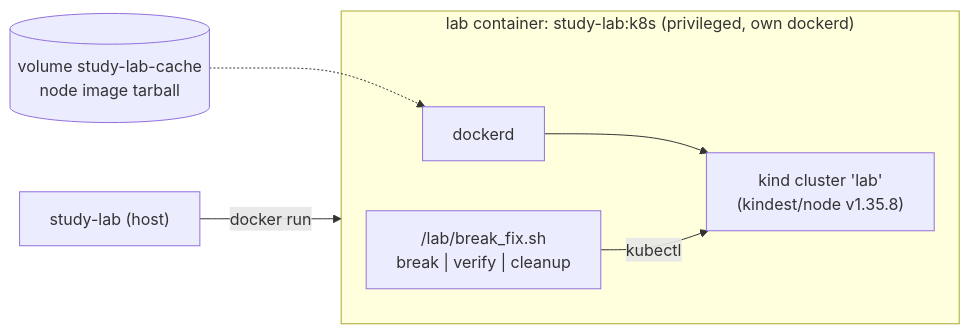
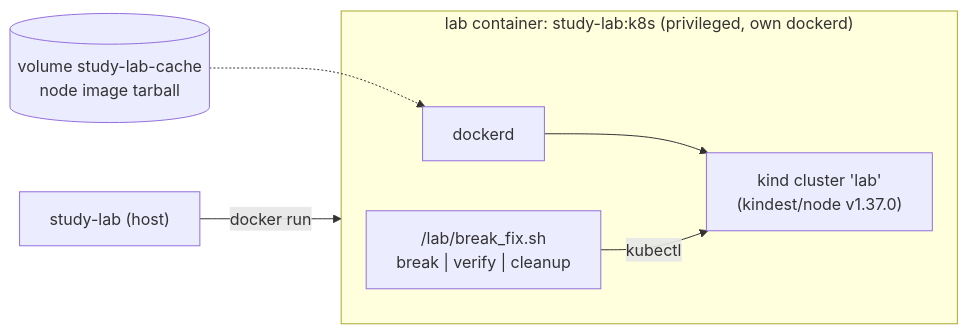
One commit to villadalmine/study-cybercirujas changed the diagram in docs/LABS-RUNNER.md. Above: the diagram before and after it, drawn with Mermaid. The commit also changed other lines of this file and 1 other file, not shown here.

First line of the commit message:
feat(labs): the k8s runner image on Kubernetes 1.37 (kubectl v1.37.1, kindest/node v1.37.0) (#204)

````diff
--- a/docs/LABS-RUNNER.md
+++ b/docs/LABS-RUNNER.md
@@ -48,9 +48,9 @@
 ```mermaid
 flowchart LR
   CLI["study-lab (host)"] -->|docker run| C["lab container"]
   subgraph C["lab container: study-lab:k8s (privileged, own dockerd)"]
-    D["dockerd"] --> K["kind cluster 'lab'\n(kindest/node v1.35.8)"]
+    D["dockerd"] --> K["kind cluster 'lab'\n(kindest/node v1.37.0)"]
     S["/lab/break_fix.sh\nbreak | verify | cleanup"] -->|kubectl| K
   end
   CACHE[("volume study-lab-cache\nnode image tarball")] -.-> D
 ```
````
